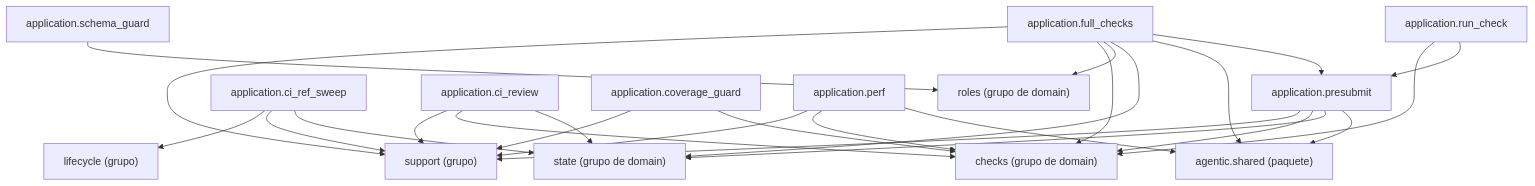
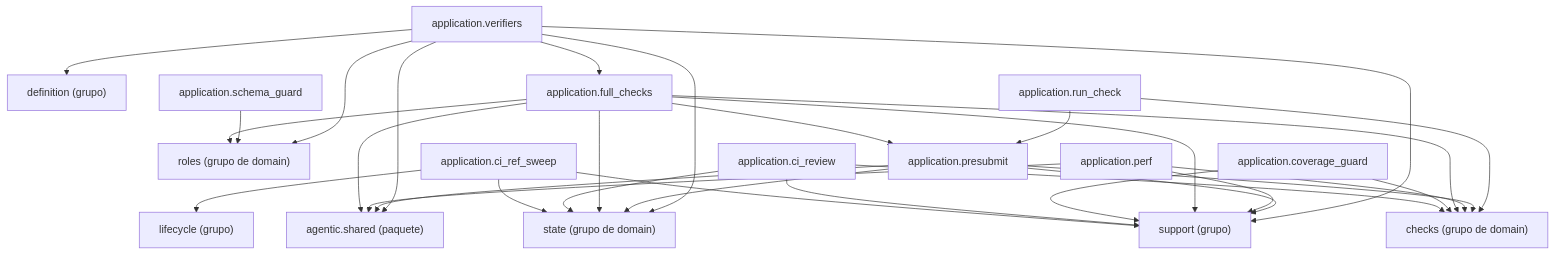
The diagram in docs/architecture/generated/packages-process-application-checks.md (GonzaloZevallos/agentic-system), drawn with Mermaid before and after one commit. The commit also changed 2 other files, not shown here.

Commit message:
Place application.verifiers in the checks cluster and regenerate the pages (GH-469)

````diff
--- a/docs/architecture/generated/packages-process-application-checks.md
+++ b/docs/architecture/generated/packages-process-application-checks.md
@@ -16,41 +16,49 @@
 ```mermaid
 graph TD
+    g_application__definition["definition (grupo)"]
     g_application__lifecycle["lifecycle (grupo)"]
     g_application__support["support (grupo)"]
     g_domain__checks["checks (grupo de domain)"]
     g_domain__roles["roles (grupo de domain)"]
     g_domain__state["state (grupo de domain)"]
     g_pkg__agentic__shared["agentic.shared (paquete)"]
     m_application__ci_ref_sweep["application.ci_ref_sweep"]
     m_application__ci_review["application.ci_review"]
     m_application__coverage_guard["application.coverage_guard"]
     m_application__full_checks["application.full_checks"]
     m_application__perf["application.perf"]
     m_application__presubmit["application.presubmit"]
     m_application__run_check["application.run_check"]
     m_application__schema_guard["application.schema_guard"]
+    m_application__verifiers["application.verifiers"]
     m_application__ci_ref_sweep --> g_application__lifecycle
     m_application__ci_ref_sweep --> g_application__support
     m_application__ci_ref_sweep --> g_domain__state
     m_application__ci_review --> g_application__support
     m_application__ci_review --> g_domain__checks
     m_application__ci_review --> g_domain__state
     m_application__coverage_guard --> g_application__support
     m_application__coverage_guard --> g_domain__checks
     m_application__full_checks --> g_application__support
     m_application__full_checks --> g_domain__checks
     m_application__full_checks --> g_domain__roles
     m_application__full_checks --> g_domain__state
     m_application__full_checks --> g_pkg__agentic__shared
     m_application__full_checks --> m_application__presubmit
     m_application__perf --> g_application__support
     m_application__perf --> g_domain__checks
     m_application__perf --> g_pkg__agentic__shared
     m_application__presubmit --> g_application__support
     m_application__presubmit --> g_domain__checks
     m_application__presubmit --> g_domain__state
     m_application__presubmit --> g_pkg__agentic__shared
     m_application__run_check --> g_domain__checks
     m_application__run_check --> m_application__presubmit
     m_application__schema_guard --> g_domain__roles
+    m_application__verifiers --> g_application__definition
+    m_application__verifiers --> g_application__support
+    m_application__verifiers --> g_domain__roles
+    m_application__verifiers --> g_domain__state
+    m_application__verifiers --> g_pkg__agentic__shared
+    m_application__verifiers --> m_application__full_checks
 ```
````
